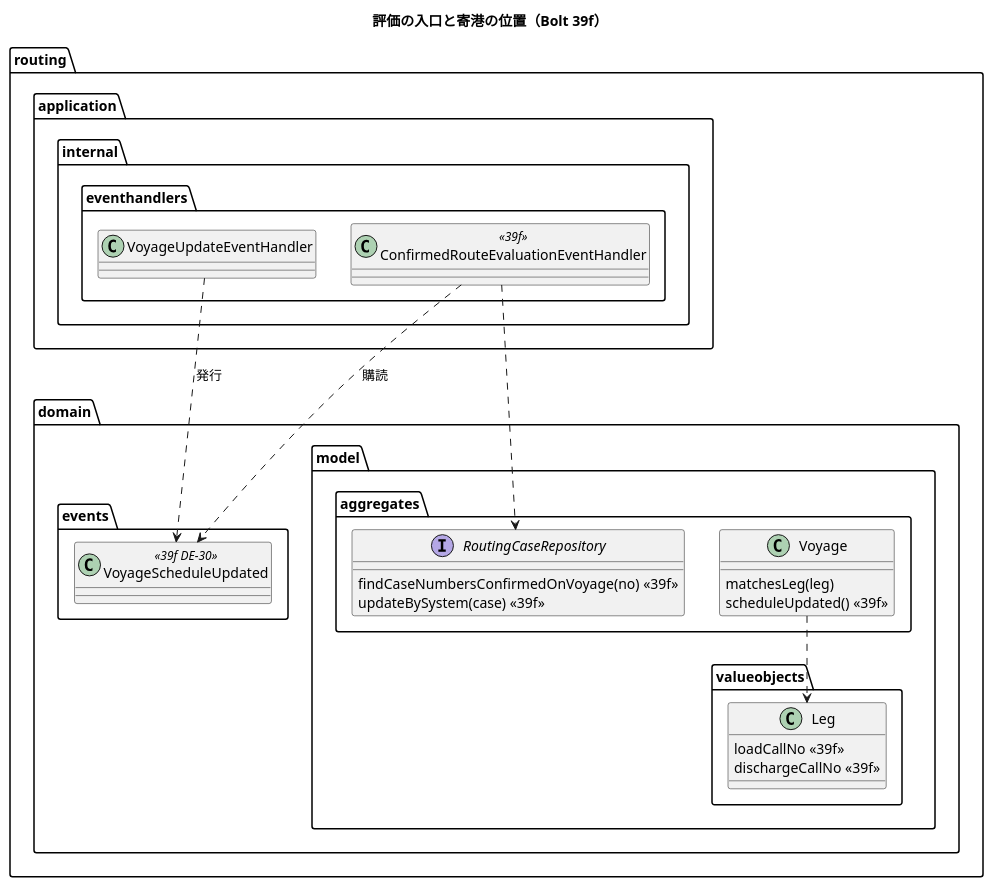
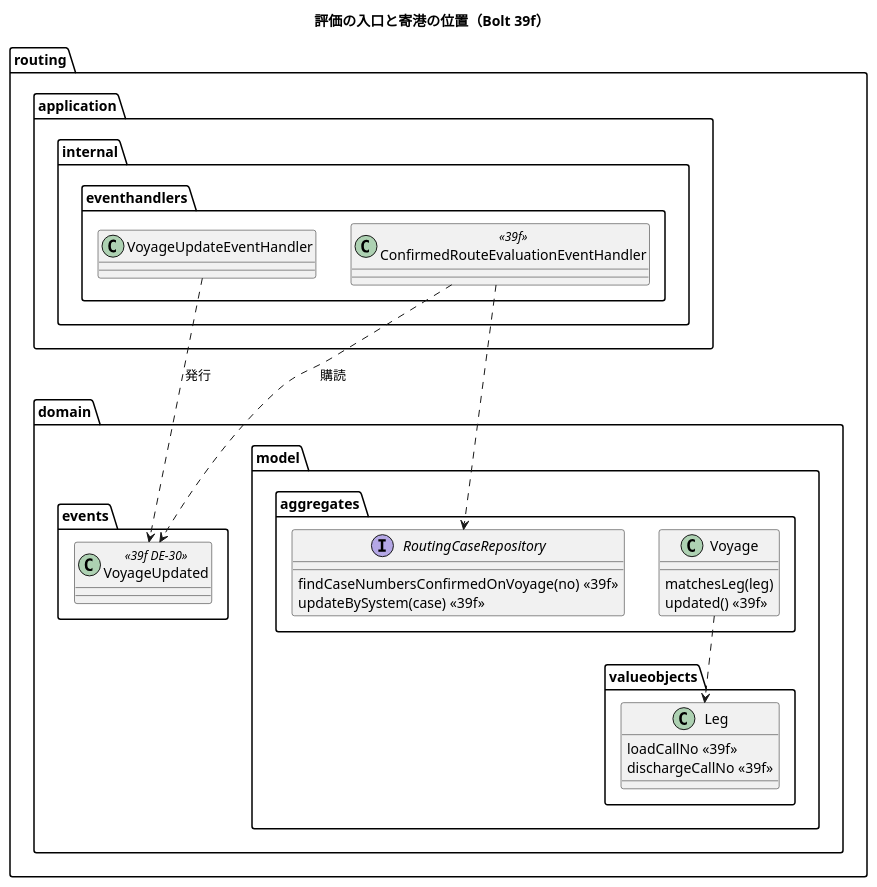
One commit to k2works/practical-domain-driven-design-in-enterpris-application changed the third of 4 diagrams in docs/development/cargo-tracker/bolt_39f_plan.md. Above: the diagram before and after it, drawn with PlantUML. The commit also changed other lines of this file and 1 other file, not shown here.

````diff
--- a/docs/development/cargo-tracker/bolt_39f_plan.md
+++ b/docs/development/cargo-tracker/bolt_39f_plan.md
@@ -290,32 +312,32 @@
 ```plantuml
 @startuml
 title 評価の入口と寄港の位置（Bolt 39f）
 package "routing.domain.events" {
-  class VoyageScheduleUpdated <<39f DE-30>>
+  class VoyageUpdated <<39f DE-30>>
 }
 package "routing.domain.model.aggregates" {
   class Voyage {
     matchesLeg(leg)
-    scheduleUpdated() <<39f>>
+    updated() <<39f>>
   }
   interface RoutingCaseRepository {
     findCaseNumbersConfirmedOnVoyage(no) <<39f>>
     updateBySystem(case) <<39f>>
   }
 }
 package "routing.domain.model.valueobjects" {
   class Leg {
     loadCallNo <<39f>>
     dischargeCallNo <<39f>>
   }
 }
 package "routing.application.internal.eventhandlers" {
   class VoyageUpdateEventHandler
   class ConfirmedRouteEvaluationEventHandler <<39f>>
 }
-VoyageUpdateEventHandler ..> VoyageScheduleUpdated : 発行
-ConfirmedRouteEvaluationEventHandler ..> VoyageScheduleUpdated : 購読
+VoyageUpdateEventHandler ..> VoyageUpdated : 発行
+ConfirmedRouteEvaluationEventHandler ..> VoyageUpdated : 購読
 ConfirmedRouteEvaluationEventHandler ..> RoutingCaseRepository
 Voyage ..> Leg
 @enduml
 ```
````
